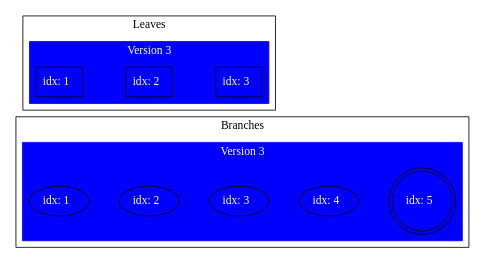
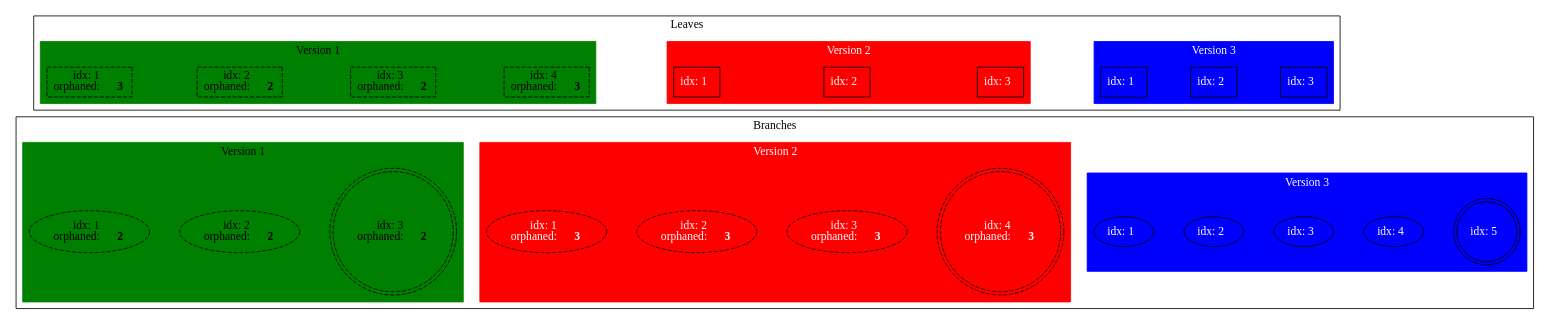
One commit to cosmos/cosmos-sdk changed the diagram in iavlx/pres/ex3_cs.dot. Above: the diagram before and after it, drawn with Graphviz. The commit also changed 7 other files, not shown here.

```diff
--- a/iavlx/pres/ex3_cs.dot
+++ b/iavlx/pres/ex3_cs.dot
@@ -1,29 +1,69 @@
 digraph G {
 	rankdir=LR
 	subgraph cluster_branches {	
 label="Branches"
+	subgraph cluster_B1 {
+		label="Version 1" color=green style=filled fontcolor=black node [fontcolor=black]
+		B1_1 [id=B1_1 label=<idx: 1<BR/>orphaned: <B>2</B>> style=dashed];
+		B1_1 -> B1_2 [style=invis];
+		B1_2 [id=B1_2 label=<idx: 2<BR/>orphaned: <B>2</B>> style=dashed];
+		B1_2 -> B1_3 [style=invis];
+		B1_3 [id=B1_3 label=<idx: 3<BR/>orphaned: <B>2</B>> style=dashed shape=doublecircle];
+	}
+	subgraph cluster_B2 {
+		label="Version 2" color=red style=filled fontcolor=white node [fontcolor=white]
+		B1_3 -> B2_1 [style=invis];
+		B2_1 [id=B2_1 label=<idx: 1<BR/>orphaned: <B>3</B>> style=dashed];
+		B2_1 -> B2_2 [style=invis];
+		B2_2 [id=B2_2 label=<idx: 2<BR/>orphaned: <B>3</B>> style=dashed];
+		B2_2 -> B2_3 [style=invis];
+		B2_3 [id=B2_3 label=<idx: 3<BR/>orphaned: <B>3</B>> style=dashed];
+		B2_3 -> B2_4 [style=invis];
+		B2_4 [id=B2_4 label=<idx: 4<BR/>orphaned: <B>3</B>> style=dashed shape=doublecircle];
+	}
 	subgraph cluster_B3 {
 		label="Version 3" color=blue style=filled fontcolor=white node [fontcolor=white]
+		B2_4 -> B3_1 [style=invis];
 		B3_1 [id=B3_1 label=<idx: 1>];
 		B3_1 -> B3_2 [style=invis];
 		B3_2 [id=B3_2 label=<idx: 2>];
 		B3_2 -> B3_3 [style=invis];
 		B3_3 [id=B3_3 label=<idx: 3>];
 		B3_3 -> B3_4 [style=invis];
 		B3_4 [id=B3_4 label=<idx: 4>];
 		B3_4 -> B3_5 [style=invis];
 		B3_5 [id=B3_5 label=<idx: 5> shape=doublecircle];
 	}
 	}
 	subgraph cluster_leaves {	
 label="Leaves"
+	subgraph cluster_L1 {
+		label="Version 1" color=green fontcolor=black style=filled node [fontcolor=black]
+		L1_1 [id=L1_1 label=<idx: 1<BR/>orphaned: <B>3</B>> shape=box style=dashed];
+		L1_1 -> L1_2 [style=invis];
+		L1_2 [id=L1_2 label=<idx: 2<BR/>orphaned: <B>2</B>> shape=box style=dashed];
+		L1_2 -> L1_3 [style=invis];
+		L1_3 [id=L1_3 label=<idx: 3<BR/>orphaned: <B>2</B>> shape=box style=dashed];
+		L1_3 -> L1_4 [style=invis];
+		L1_4 [id=L1_4 label=<idx: 4<BR/>orphaned: <B>3</B>> shape=box style=dashed];
+	}
+	subgraph cluster_L2 {
+		label="Version 2" color=red fontcolor=white style=filled node [fontcolor=white]
+		L1_4 -> L2_1 [style=invis];
+		L2_1 [id=L2_1 label=<idx: 1> shape=box];
+		L2_1 -> L2_2 [style=invis];
+		L2_2 [id=L2_2 label=<idx: 2> shape=box];
+		L2_2 -> L2_3 [style=invis];
+		L2_3 [id=L2_3 label=<idx: 3> shape=box];
+	}
 	subgraph cluster_L3 {
 		label="Version 3" color=blue fontcolor=white style=filled node [fontcolor=white]
+		L2_3 -> L3_1 [style=invis];
 		L3_1 [id=L3_1 label=<idx: 1> shape=box];
 		L3_1 -> L3_2 [style=invis];
 		L3_2 [id=L3_2 label=<idx: 2> shape=box];
 		L3_2 -> L3_3 [style=invis];
 		L3_3 [id=L3_3 label=<idx: 3> shape=box];
 	}
 	}
 }
```
